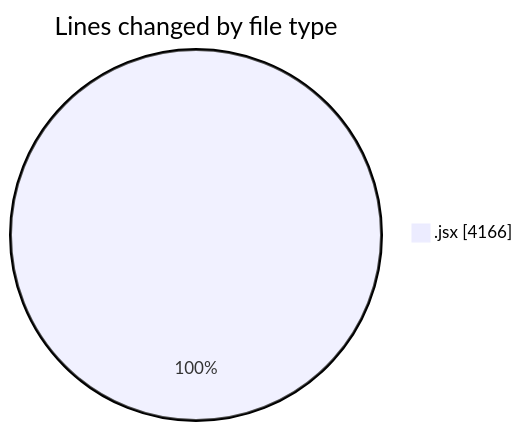
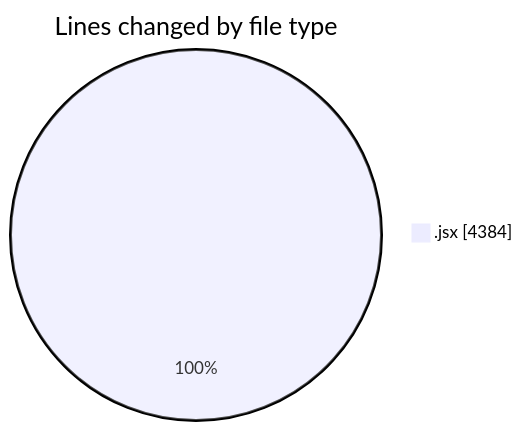
One commit to nxtqubesakshisongat/code-tracking changed the first of 2 diagrams in 2025-10-14/nxtqube_webapp/README.md. Above: the diagram before and after it, drawn with Mermaid. The commit also changed other lines of this file and 1 other file, not shown here.

````diff
--- a/2025-10-14/nxtqube_webapp/README.md
+++ b/2025-10-14/nxtqube_webapp/README.md
@@ -21,5 +21,5 @@
 ```mermaid
 pie showData
 title Lines changed by file type
-".jsx" : 4166
+".jsx" : 4384
 ```
````
